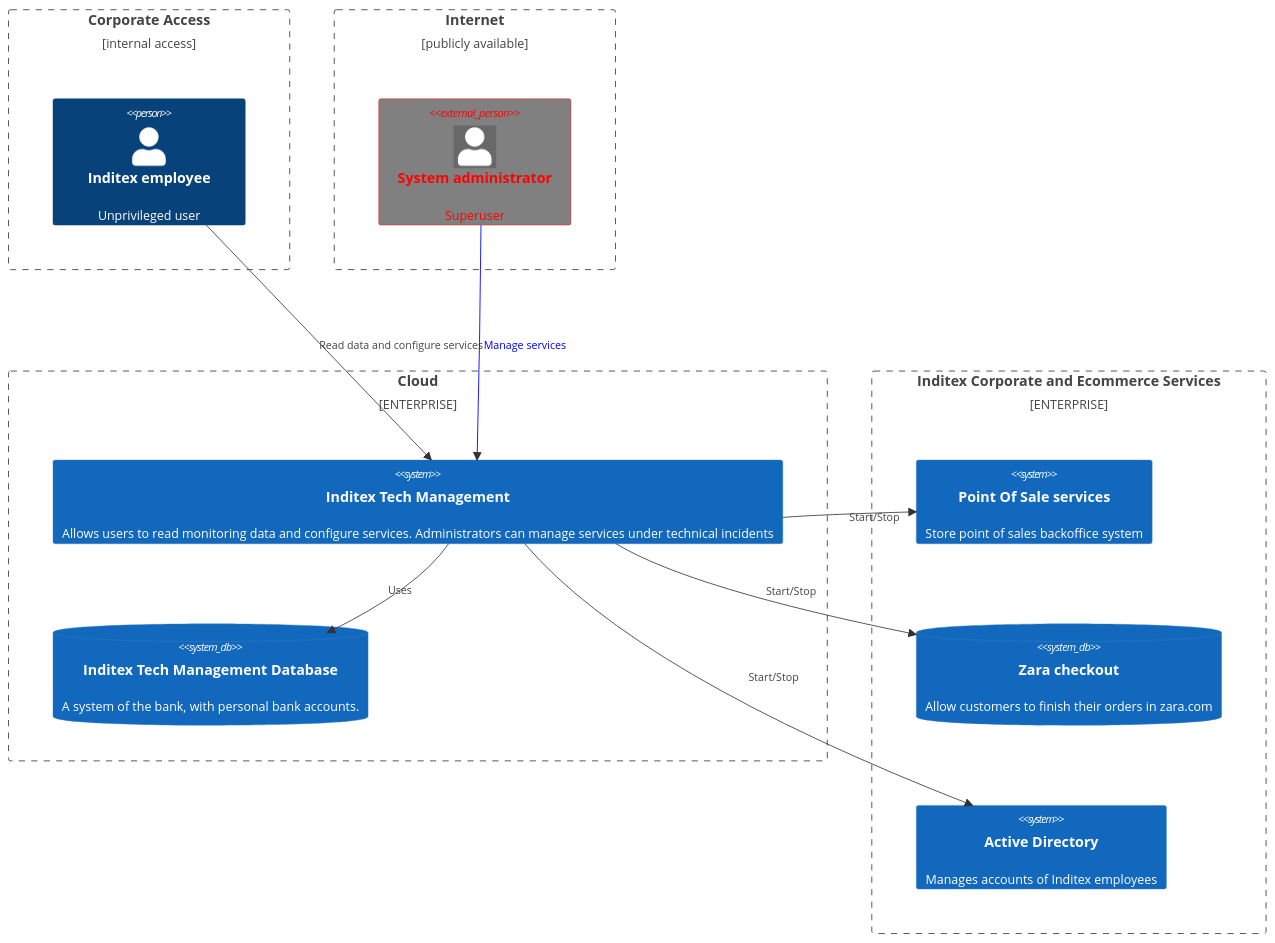
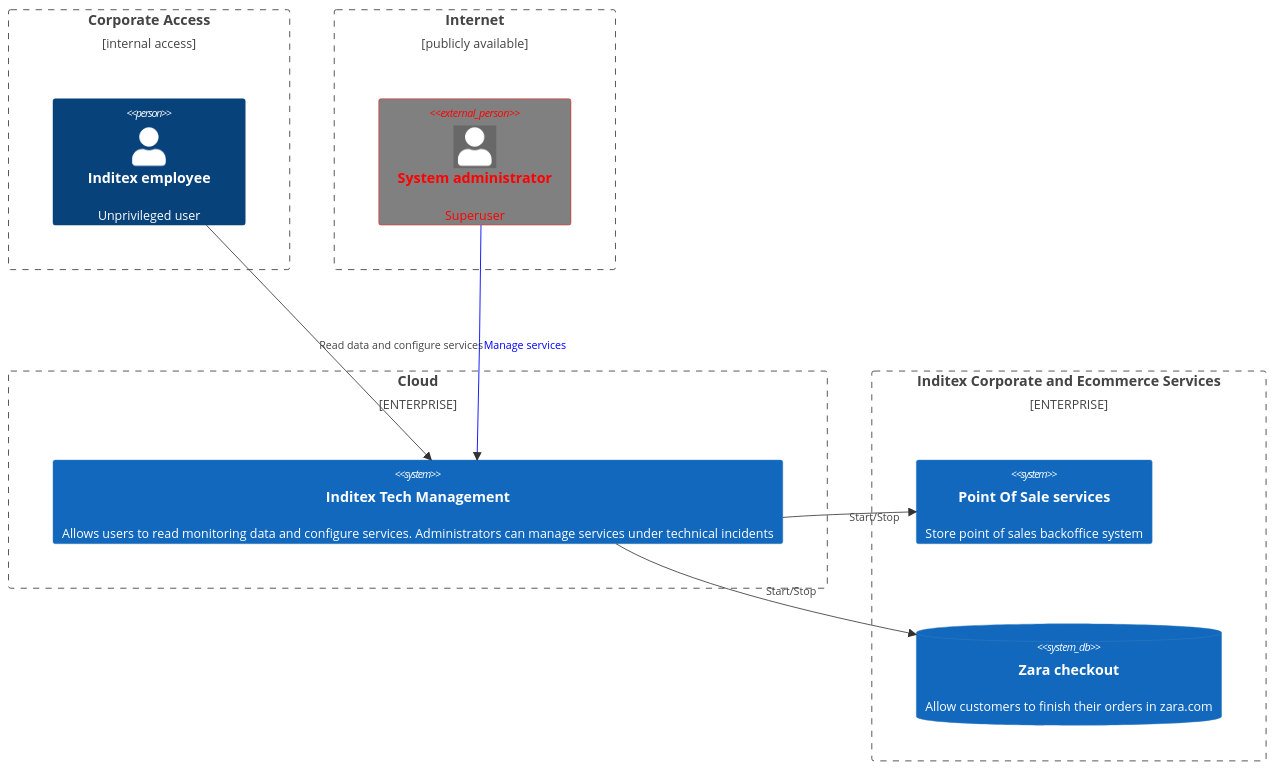
One commit to inditex-tech-org/management changed the diagram in README.md. Above: the diagram before and after it, drawn with Mermaid. The commit also changed other lines of this file and 1 other file, not shown here.

````diff
--- a/README.md
+++ b/README.md
@@ -52,41 +52,35 @@
 ```mermaid
     C4Context
       Boundary(b0, "Corporate Access", "internal access") {
         Person(customerA, "Inditex employee", "Unprivileged user")
       }
 
       Boundary(b3, "Internet", "publicly available") {
 
         Person_Ext(customerC, "System administrator", "Superuser")
       }
 
       Enterprise_Boundary(b4, "Cloud") {
 
         System(SystemA, "Inditex Tech Management", "Allows users to read monitoring data and configure services. Administrators can manage services under technical incidents")
 
-
-        SystemDb(SystemB, "Inditex Tech Management Database", "A system of the bank, with personal bank accounts.")
         }
     
           Enterprise_Boundary(b5, "Inditex Corporate and Ecommerce Services") {
 
         System(SystemC, "Point Of Sale services", "Store point of sales backoffice system")
 
         SystemDb(SystemD, "Zara checkout", "Allow customers to finish their orders in zara.com ")
 
-        System(SystemE, "Active Directory", "Manages accounts of Inditex employees")
-
         }
 
       Rel_U(customerA, SystemA, "Read data and configure services")
       Rel_U(customerC, SystemA, "Manage services")
-      Rel_U(SystemA, SystemB, "Uses")
       Rel_U(SystemA, SystemC, "Start/Stop")
       Rel_U(SystemA, SystemD, "Start/Stop")
-      Rel_U(SystemA, SystemE, "Start/Stop")
 
       UpdateElementStyle(customerC, $fontColor="red", $bgColor="grey", $borderColor="red")
       UpdateRelStyle(customerC, SystemA, $textColor="blue", $lineColor="blue", $offsetX="5")
 
       UpdateLayoutConfig($c4ShapeInRow="3", $c4BoundaryInRow="2")
 ```
````
